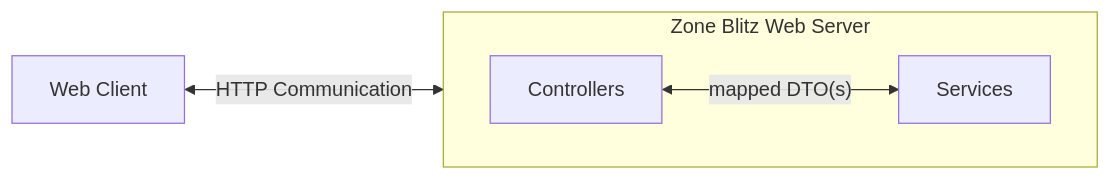
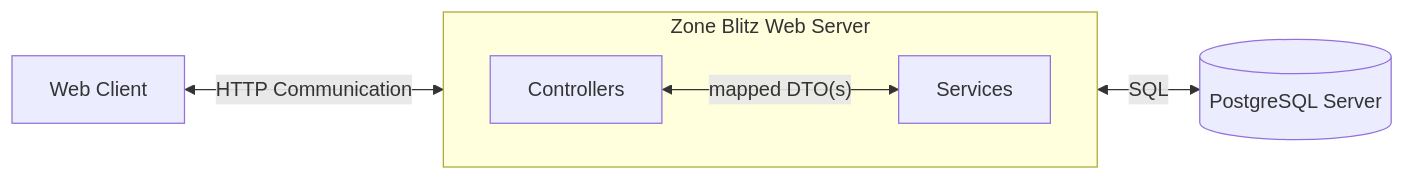
Before and after one commit to Tiernebre/zone-blitz-deprecated: the diagram in docs/architecture/application.md, drawn with Mermaid. The commit also changed other lines of this file and 2 other files, not shown here.

Commit message:
Document the PostgreSQL database in the documentation with regards to development and where it lives in the ecosystem (#48)

````diff
--- a/docs/architecture/application.md
+++ b/docs/architecture/application.md
@@ -19,11 +20,13 @@
 ```mermaid
 flowchart LR
   client[Web Client]
+  database[(PostgreSQL Server)]
   subgraph server[Zone Blitz Web Server]
     direction LR
     controller[Controllers]
     service[Services]
     controller<--mapped DTO(s)-->service
   end
   client<--HTTP Communication -->server
+  server<--SQL-->database
 ```
````
